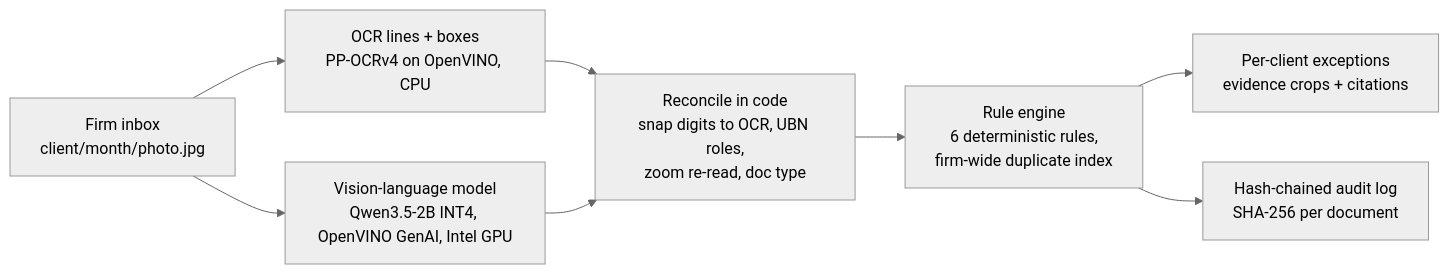
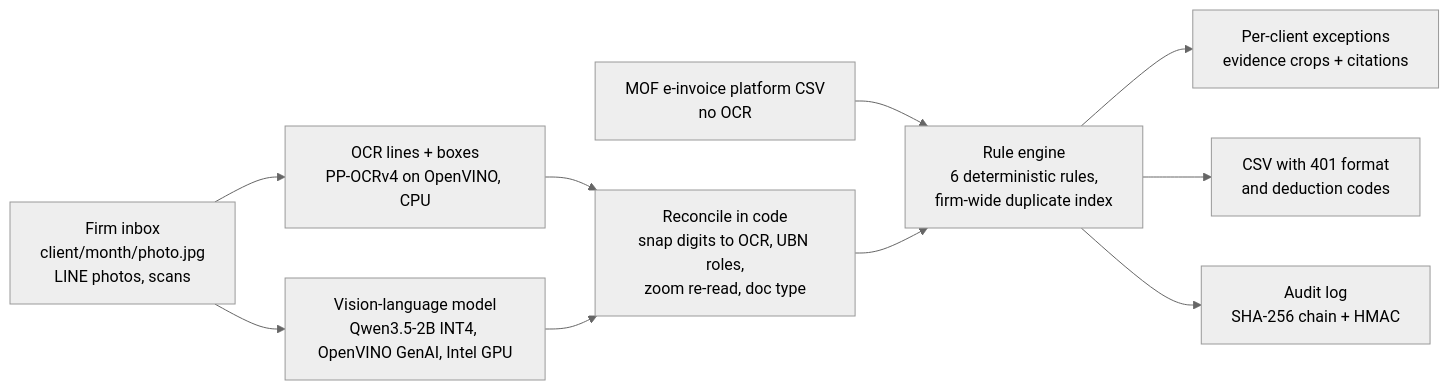
Before and after one commit to StuartYo/ledger-room: the diagram in README.md, drawn with Mermaid (neutral theme). The commit also changed other lines of this file and 8 other files, not shown here.

````diff
--- a/README.md
+++ b/README.md
@@ -47,10 +57,12 @@
 ```mermaid
 flowchart LR
-  A[Firm inbox<br/>client/month/photo.jpg] --> B[OCR lines + boxes<br/>PP-OCRv4 on OpenVINO, CPU]
+  A[Firm inbox<br/>client/month/photo.jpg<br/>LINE photos, scans] --> B[OCR lines + boxes<br/>PP-OCRv4 on OpenVINO, CPU]
   A --> C[Vision-language model<br/>Qwen3.5-2B INT4, OpenVINO GenAI, Intel GPU]
   B --> D[Reconcile in code<br/>snap digits to OCR, UBN roles,<br/>zoom re-read, doc type]
   C --> D
+  H[MOF e-invoice platform CSV<br/>no OCR] --> E
   D --> E[Rule engine<br/>6 deterministic rules,<br/>firm-wide duplicate index]
   E --> F[Per-client exceptions<br/>evidence crops + citations]
-  E --> G[Hash-chained audit log<br/>SHA-256 per document]
+  E --> I[CSV with 401 format<br/>and deduction codes]
+  E --> G[Audit log<br/>SHA-256 chain + HMAC]
 ```
````
